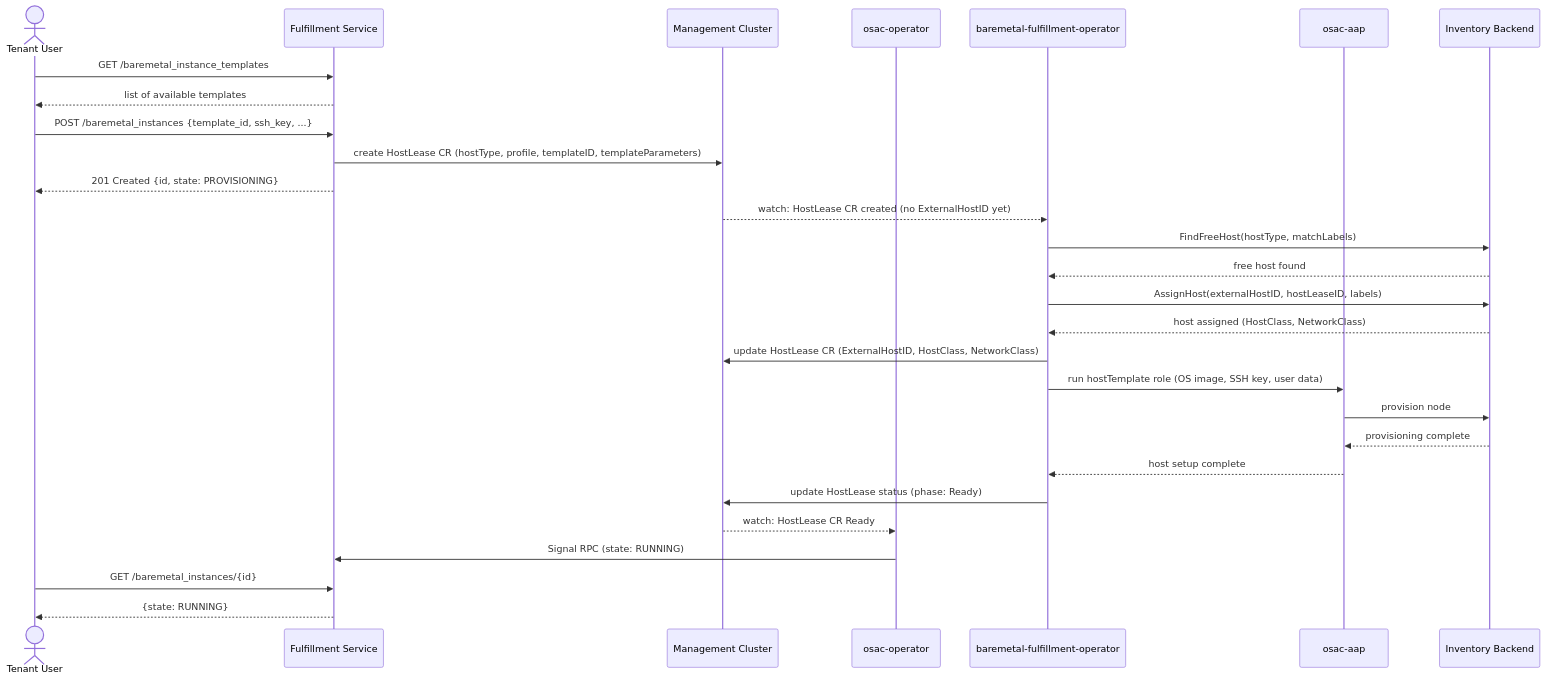
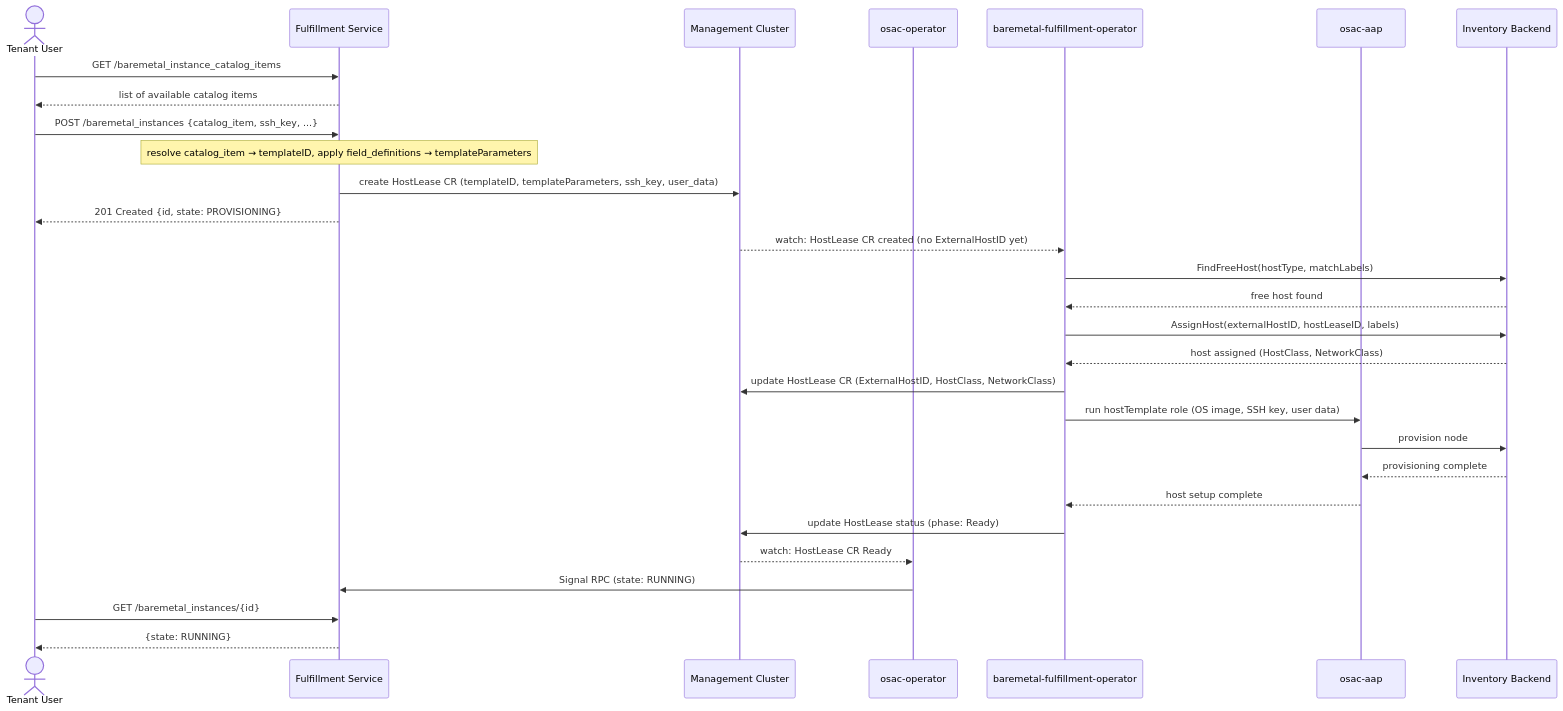
The diagram in enhancements/baremetal-instance-api/README.md (osac-project/enhancement-proposals), drawn with Mermaid before and after one commit. The commit also changed other lines of this file, not shown here.

First line of the commit message:
OSAC-1317: Add BareMetalInstanceCatalogItem in BM enhancement (#53)

````diff
--- a/enhancements/baremetal-instance-api/README.md
+++ b/enhancements/baremetal-instance-api/README.md
@@ -115,35 +116,36 @@
 ```mermaid
 sequenceDiagram
     actor TU as Tenant User
     participant FS as Fulfillment Service
     participant MC as Management Cluster
     participant OP as osac-operator
     participant BMF as baremetal-fulfillment-operator
     participant AAP as osac-aap
     participant INV as Inventory Backend
 
-    TU->>FS: GET /baremetal_instance_templates
-    FS-->>TU: list of available templates
+    TU->>FS: GET /baremetal_instance_catalog_items
+    FS-->>TU: list of available catalog items
 
-    TU->>FS: POST /baremetal_instances {template_id, ssh_key, ...}
-    FS->>MC: create HostLease CR (hostType, profile, templateID, templateParameters)
+    TU->>FS: POST /baremetal_instances {catalog_item, ssh_key, ...}
+    Note over FS: resolve catalog_item → templateID, apply field_definitions → templateParameters
+    FS->>MC: create HostLease CR (templateID, templateParameters, ssh_key, user_data)
     FS-->>TU: 201 Created {id, state: PROVISIONING}
 
     MC-->>BMF: watch: HostLease CR created (no ExternalHostID yet)
     BMF->>INV: FindFreeHost(hostType, matchLabels)
     INV-->>BMF: free host found
     BMF->>INV: AssignHost(externalHostID, hostLeaseID, labels)
     INV-->>BMF: host assigned (HostClass, NetworkClass)
     BMF->>MC: update HostLease CR (ExternalHostID, HostClass, NetworkClass)
     BMF->>AAP: run hostTemplate role (OS image, SSH key, user data)
     AAP->>INV: provision node
     INV-->>AAP: provisioning complete
     AAP-->>BMF: host setup complete
     BMF->>MC: update HostLease status (phase: Ready)
 
     MC-->>OP: watch: HostLease CR Ready
     OP->>FS: Signal RPC (state: RUNNING)
 
     TU->>FS: GET /baremetal_instances/{id}
     FS-->>TU: {state: RUNNING}
 ```
````
